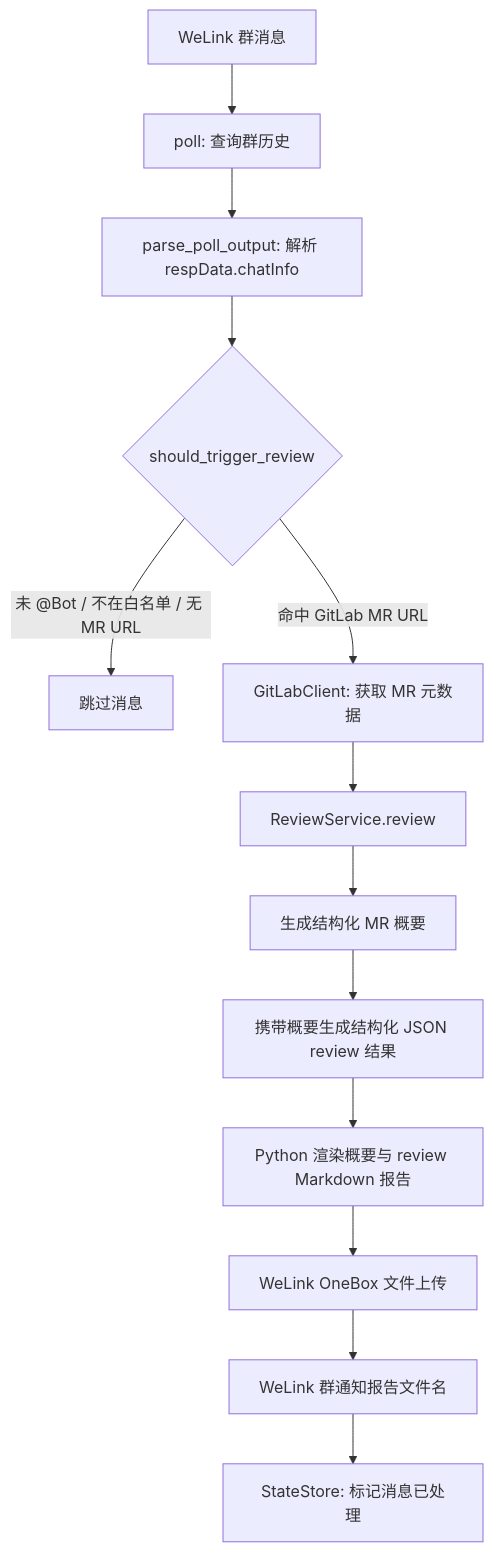
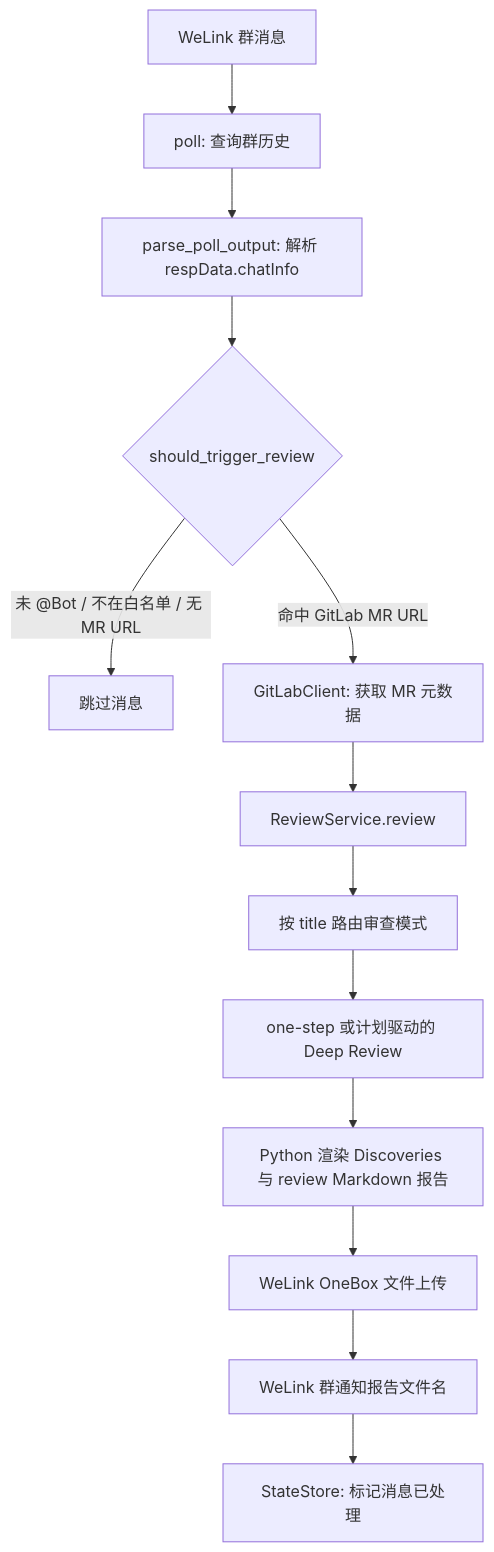
One commit to Faye-663/code-mr-reviewer changed the second of 3 diagrams in docs/DESIGN.md. Above: the diagram before and after it, drawn with Mermaid. The commit also changed other lines of this file and 20 other files, not shown here.

First line of the commit message:
feat: 将 Deep Review 升级为审查计划

````diff
--- a/docs/DESIGN.md
+++ b/docs/DESIGN.md
@@ -28,15 +28,15 @@
 ```mermaid
 flowchart TD
     A["WeLink 群消息"] --> B["poll: 查询群历史"]
     B --> C["parse_poll_output: 解析 respData.chatInfo"]
     C --> D{"should_trigger_review"}
     D -- "未 @Bot / 不在白名单 / 无 MR URL" --> E["跳过消息"]
     D -- "命中 GitLab MR URL" --> F["GitLabClient: 获取 MR 元数据"]
     F --> G["ReviewService.review"]
-    G --> H["生成结构化 MR 概要"]
-    H --> H2["携带概要生成结构化 JSON review 结果"]
-    H2 --> I["Python 渲染概要与 review Markdown 报告"]
+    G --> H["按 title 路由审查模式"]
+    H --> H2["one-step 或计划驱动的 Deep Review"]
+    H2 --> I["Python 渲染 Discoveries 与 review Markdown 报告"]
     I --> J["WeLink OneBox 文件上传"]
     J --> K["WeLink 群通知报告文件名"]
     K --> L["StateStore: 标记消息已处理"]
 ```
````
